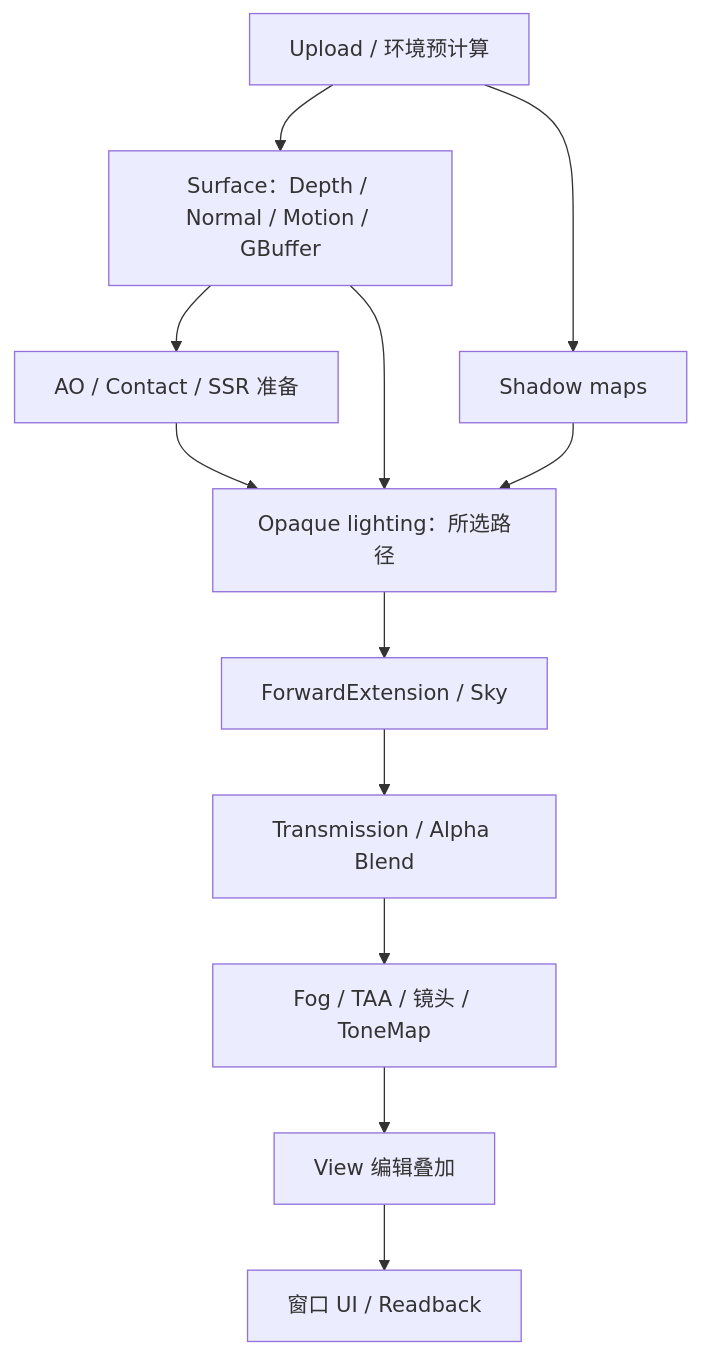
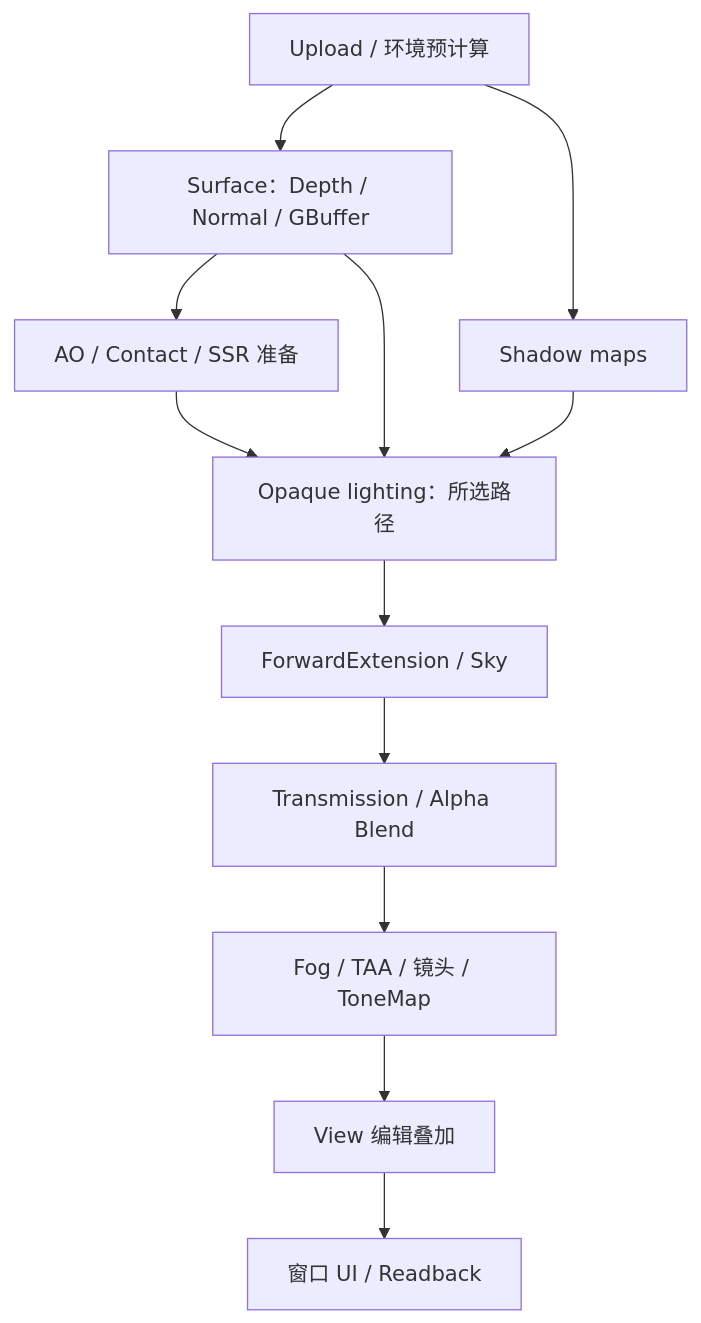
One commit to BigBlack7/Physara changed the third of 5 diagrams in Docs/Architecture.md. Above: the diagram before and after it, drawn with Mermaid. The commit also changed other lines of this file and 624 other files, not shown here.

````diff
--- a/Docs/Architecture.md
+++ b/Docs/Architecture.md
@@ -1570,14 +1665,14 @@
 ```mermaid
 flowchart TD
-    U["Upload / 环境预计算"] --> S["Surface：Depth / Normal / Motion / GBuffer"]
+    U["Upload / 环境预计算"] --> S["Surface：Depth / Normal / GBuffer"]
     U --> H["Shadow maps"]
     S --> A["AO / Contact / SSR 准备"]
     S --> L["Opaque lighting：所选路径"]
     H --> L
     A --> L
     L --> X["ForwardExtension / Sky"]
     X --> T["Transmission / Alpha Blend"]
     T --> P["Fog / TAA / 镜头 / ToneMap"]
     P --> E["View 编辑叠加"]
     E --> I["窗口 UI / Readback"]
 ```
````
